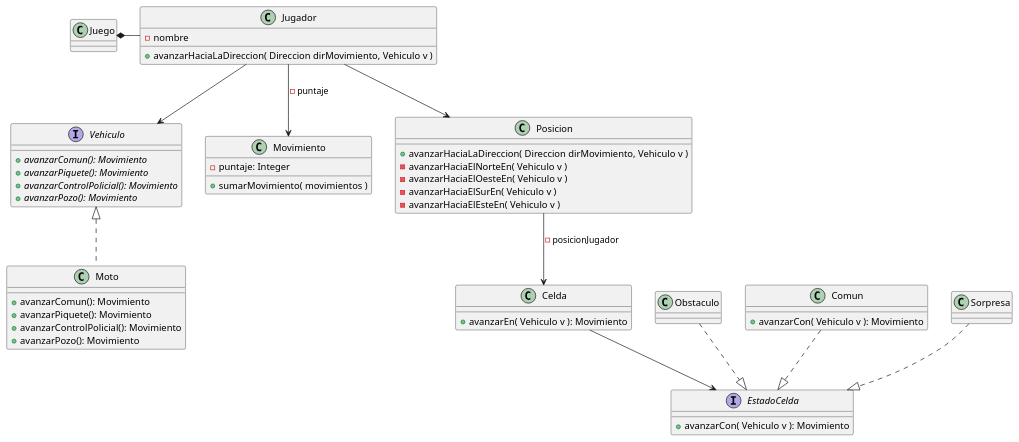
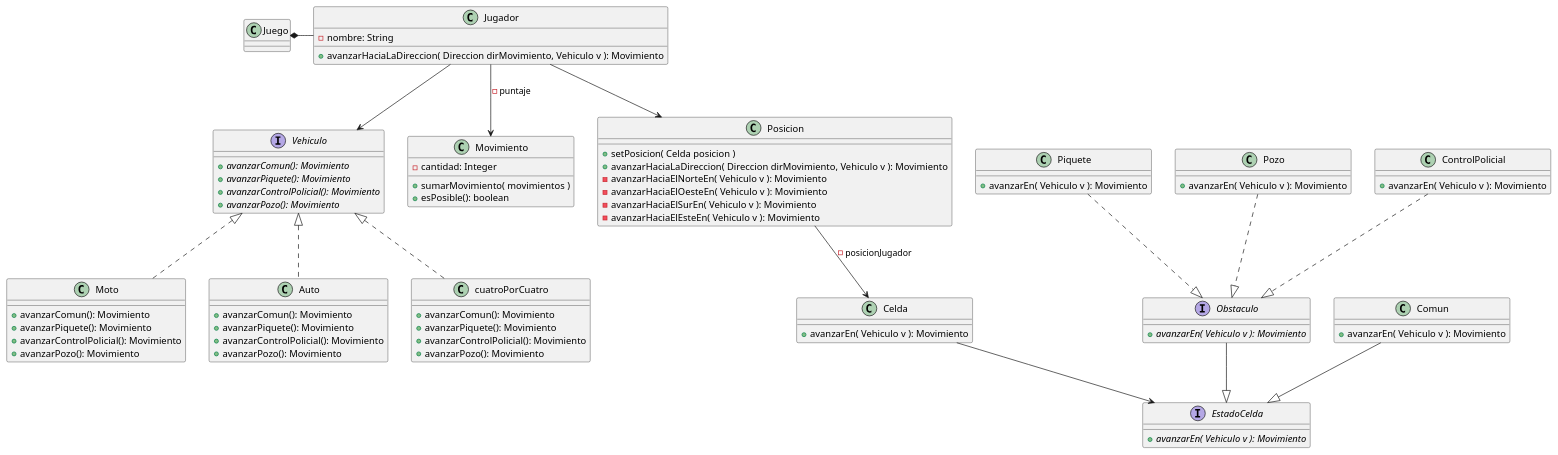
One commit to rodrigovzq/algo3_tp2 changed the diagram in diagrams/borradores/DiagramaClase_v0_2.puml. Above: the diagram before and after it, drawn with PlantUML.

Commit message:
Actualizando Diagrama de Clase

```diff
--- a/diagrams/borradores/DiagramaClase_v0_2.puml
+++ b/diagrams/borradores/DiagramaClase_v0_2.puml
@@ -1,78 +1,134 @@
 @startuml
 ' Diagrama que representa lo necesario para
 'visualizar el diagrama secuencia Version 0.1
 
 'Clase que encargada de la lógica del juego
 class Juego
 
 Juego *-right- Jugador
 
 'Clase que encapsula la logica de movimientos.
 class Movimiento{
-    - puntaje: Integer
+    - cantidad: Integer
     + sumarMovimiento( movimientos )
+    + esPosible(): boolean
 }
 
 interface Vehiculo{
     + {abstract} avanzarComun(): Movimiento
     + {abstract} avanzarPiquete(): Movimiento
     + {abstract} avanzarControlPolicial(): Movimiento
     + {abstract} avanzarPozo(): Movimiento
 }
 
 Moto .up.|> Vehiculo
+Auto .up.|> Vehiculo
+cuatroPorCuatro .up.|> Vehiculo
 
 class Moto{
     + avanzarComun(): Movimiento
     + avanzarPiquete(): Movimiento
     + avanzarControlPolicial(): Movimiento
     + avanzarPozo(): Movimiento
 }
+class Auto{
+    + avanzarComun(): Movimiento
+    + avanzarPiquete(): Movimiento
+    + avanzarControlPolicial(): Movimiento
+    + avanzarPozo(): Movimiento
+}
+class cuatroPorCuatro{
+    + avanzarComun(): Movimiento
+    + avanzarPiquete(): Movimiento
+    + avanzarControlPolicial(): Movimiento
+    + avanzarPozo(): Movimiento
+}
+
+
+
 
 'Clase que representa el estado del jugador.
 class Jugador{
-    - nombre
-    + avanzarHaciaLaDireccion( Direccion dirMovimiento, Vehiculo v )
+    - nombre: String
+    + avanzarHaciaLaDireccion( Direccion dirMovimiento, Vehiculo v ): Movimiento
 }
 
 Jugador -down-> Vehiculo
 Jugador --> Movimiento: - puntaje
 Jugador --> Posicion
 
 'Hay que ver como, pero de alguna manera, por medio de la celda que compone a la posicion
 'le hablamos a una de las celdas adyacentes para movernos con el vehiculo.
 class Posicion{
-    + avanzarHaciaLaDireccion( Direccion dirMovimiento, Vehiculo v )
-    - avanzarHaciaElNorteEn( Vehiculo v )
-    - avanzarHaciaElOesteEn( Vehiculo v )
-    - avanzarHaciaElSurEn( Vehiculo v )
-    - avanzarHaciaElEsteEn( Vehiculo v )
+    + setPosicion( Celda posicion )
+    + avanzarHaciaLaDireccion( Direccion dirMovimiento, Vehiculo v ): Movimiento
+    - avanzarHaciaElNorteEn( Vehiculo v ): Movimiento
+    - avanzarHaciaElOesteEn( Vehiculo v ): Movimiento
+    - avanzarHaciaElSurEn( Vehiculo v ): Movimiento
+    - avanzarHaciaElEsteEn( Vehiculo v ): Movimiento
 }
 
 Posicion --> Celda: - posicionJugador
 
 'Clase que representa cada manzana del mapa.
 'Esta se va a comunicar con su estado, que representa
 'un "evento" particular.
 class Celda{
     + avanzarEn( Vehiculo v ): Movimiento
 }
 
 Celda --> EstadoCelda
 
 'Patron State, cada celda tiene un estado/evento que va a utilizar
 'la información que le pasemos por parametros de manera distinta.
 
 interface EstadoCelda{
-    + avanzarCon( Vehiculo v ): Movimiento
+    + {abstract} avanzarEn( Vehiculo v ): Movimiento
 }
 
-Obstaculo ..|> EstadoCelda
-Comun ..|> EstadoCelda
-Sorpresa ..|> EstadoCelda
+Obstaculo --|> EstadoCelda
+Comun --|> EstadoCelda
 
 class Comun{
-    + avanzarCon( Vehiculo v ): Movimiento
+    + avanzarEn( Vehiculo v ): Movimiento
 }
 
+interface Obstaculo{
+    + {abstract} avanzarEn( Vehiculo v ): Movimiento
+}
+
+class Piquete{
+    + avanzarEn( Vehiculo v ): Movimiento
+}
+class Pozo{
+    + avanzarEn( Vehiculo v ): Movimiento
+}
+class ControlPolicial{
+    + avanzarEn( Vehiculo v ): Movimiento
+}
+
+Piquete ..|> Obstaculo
+Pozo ..|> Obstaculo
+ControlPolicial ..|> Obstaculo
+
+
+/' Por ahora no nos interesan las sorpresas
+interface Sorpresa{
+    + {abstract} avanzarEn( Vehiculo v ): Movimiento
+}
+
+Sorpresa --|> EstadoCelda
+class Favorable{
+    + avanzarEn( Vehiculo v ): Movimiento
+}
+Favorable ..|> Sorpresa
+class Desfavorable{
+    + avanzarEn( Vehiculo v ): Movimiento
+}
+Desfavorable ..|> Sorpresa
+class CambioVehiculo{
+    + avanzarEn( Vehiculo v ): Movimiento
+}
+CambioVehiculo ..|> Sorpresa
+'/
 @enduml
```
